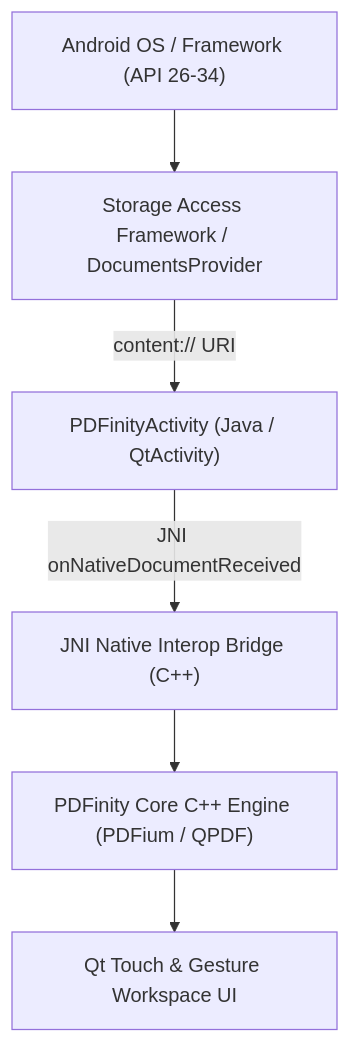
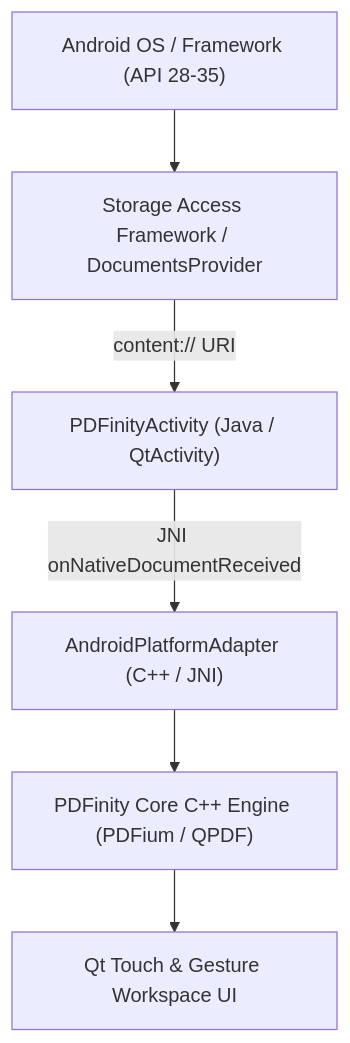
Before and after one commit to jakepanlilio2000/PDFinity: the diagram in docs/ANDROID_PORT.md, drawn with Mermaid. The commit also changed other lines of this file and 21 other files, not shown here.

Commit message:
feat(android): implement complete android platform adapter, SAF support, and touch UI

````diff
--- a/docs/ANDROID_PORT.md
+++ b/docs/ANDROID_PORT.md
@@ -17,15 +17,15 @@
 ```mermaid
 flowchart TD
-    AndroidOS["Android OS / Framework (API 26-34)"]
+    AndroidOS["Android OS / Framework (API 28-35)"]
     SAF["Storage Access Framework / DocumentsProvider"]
     JavaActivity["PDFinityActivity (Java / QtActivity)"]
-    JNIBridge["JNI Native Interop Bridge (C++)"]
+    PlatformAdapter["AndroidPlatformAdapter (C++ / JNI)"]
     CoreEngine["PDFinity Core C++ Engine (PDFium / QPDF)"]
     TouchUI["Qt Touch & Gesture Workspace UI"]
 
     AndroidOS --> SAF
     SAF -->|content:// URI| JavaActivity
-    JavaActivity -->|JNI onNativeDocumentReceived| JNIBridge
-    JNIBridge --> CoreEngine
+    JavaActivity -->|JNI onNativeDocumentReceived| PlatformAdapter
+    PlatformAdapter --> CoreEngine
     CoreEngine --> TouchUI
 ```
````
